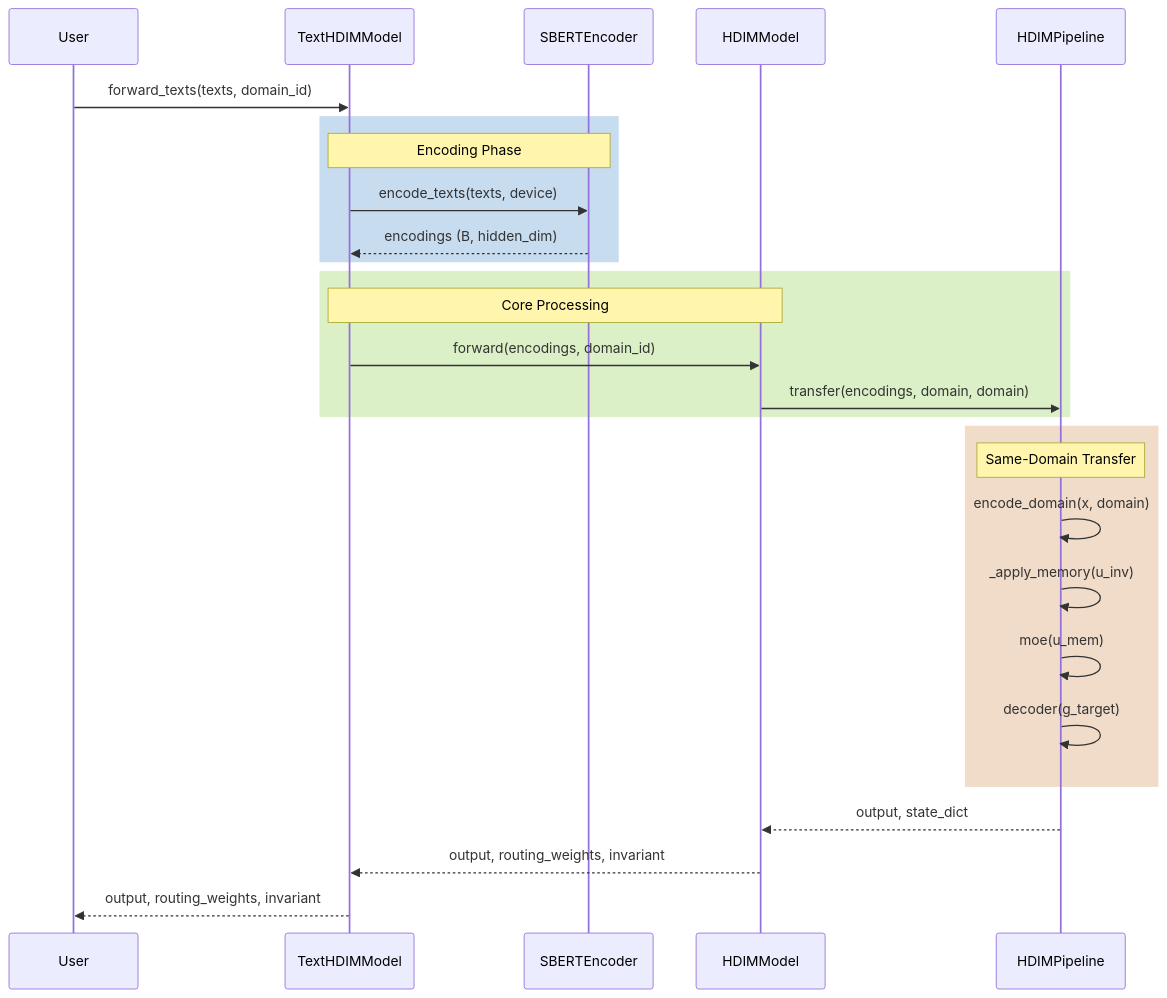
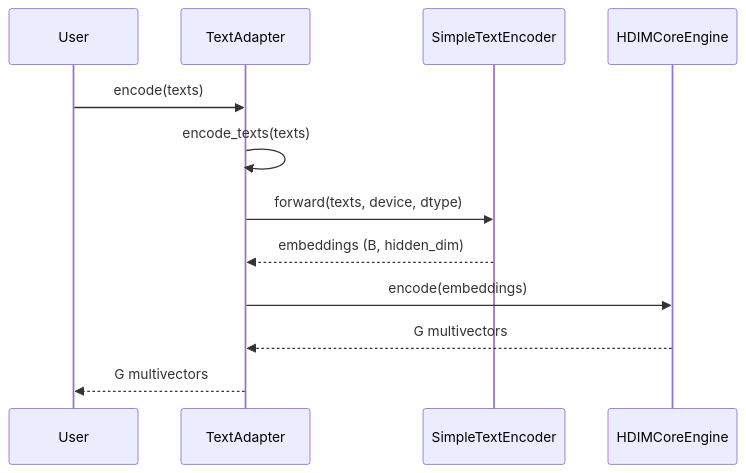
The ninth of 21 diagrams in docs/DIAGRAMS.md (ShmidtS/hypercoplexAI), drawn with Mermaid before and after one commit. The commit also changed other lines of this file and 54 other files, not shown here.

````diff
--- a/docs/DIAGRAMS.md
+++ b/docs/DIAGRAMS.md
@@ -780,34 +702,15 @@
 ```mermaid
 sequenceDiagram
     participant User
-    participant TextModel as TextHDIMModel
-    participant Encoder as SBERTEncoder
-    participant Core as HDIMModel
-    participant Pipeline as HDIMPipeline
+    participant Adapter as TextAdapter
+    participant Encoder as SimpleTextEncoder
+    participant Engine as HDIMCoreEngine
 
-    User->>TextModel: forward_texts(texts, domain_id)
-
-    rect rgb(200, 220, 240)
-        Note over TextModel,Encoder: Encoding Phase
-        TextModel->>Encoder: encode_texts(texts, device)
-        Encoder-->>TextModel: encodings (B, hidden_dim)
-    end
-
-    rect rgb(220, 240, 200)
-        Note over TextModel,Core: Core Processing
-        TextModel->>Core: forward(encodings, domain_id)
-        Core->>Pipeline: transfer(encodings, domain, domain)
-    end
-
-    rect rgb(240, 220, 200)
-        Note over Pipeline: Same-Domain Transfer
-        Pipeline->>Pipeline: encode_domain(x, domain)
-        Pipeline->>Pipeline: _apply_memory(u_inv)
-        Pipeline->>Pipeline: moe(u_mem)
-        Pipeline->>Pipeline: decoder(g_target)
-    end
-
-    Pipeline-->>Core: output, state_dict
-    Core-->>TextModel: output, routing_weights, invariant
-    TextModel-->>User: output, routing_weights, invariant
+    User->>Adapter: encode(texts)
+    Adapter->>Adapter: encode_texts(texts)
+    Adapter->>Encoder: forward(texts, device, dtype)
+    Encoder-->>Adapter: embeddings (B, hidden_dim)
+    Adapter->>Engine: encode(embeddings)
+    Engine-->>Adapter: G multivectors
+    Adapter-->>User: G multivectors
 ```
````
